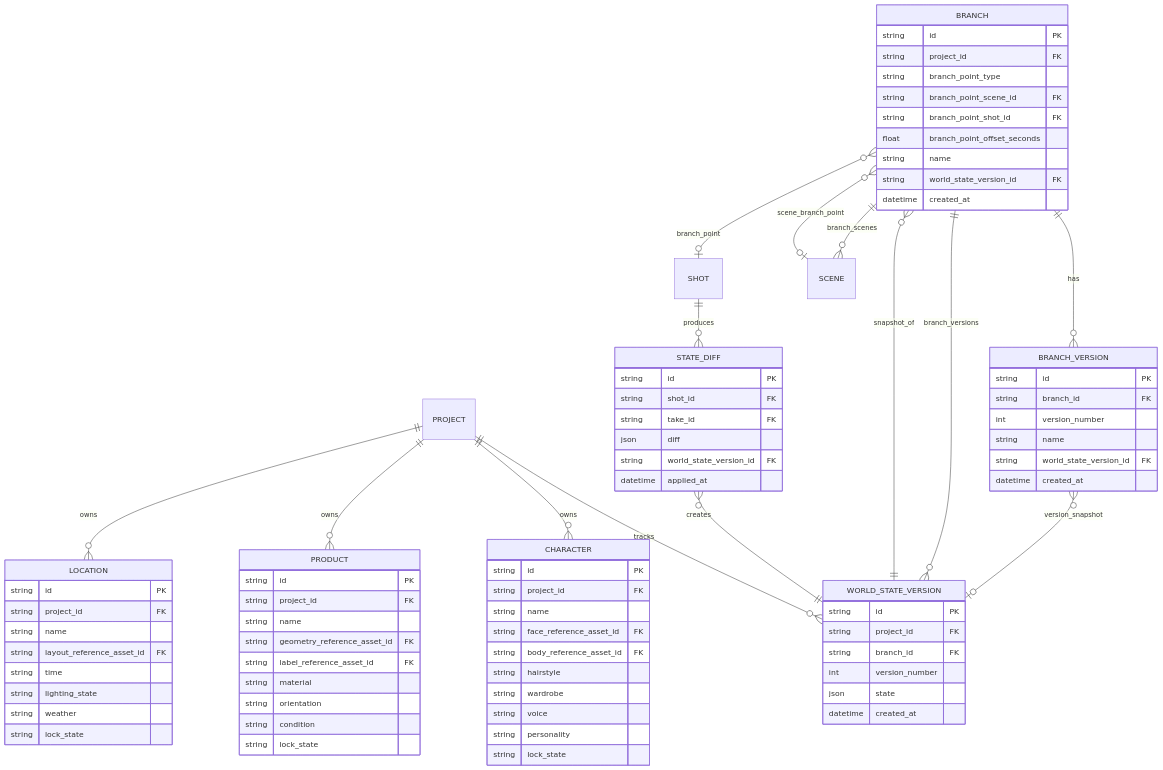
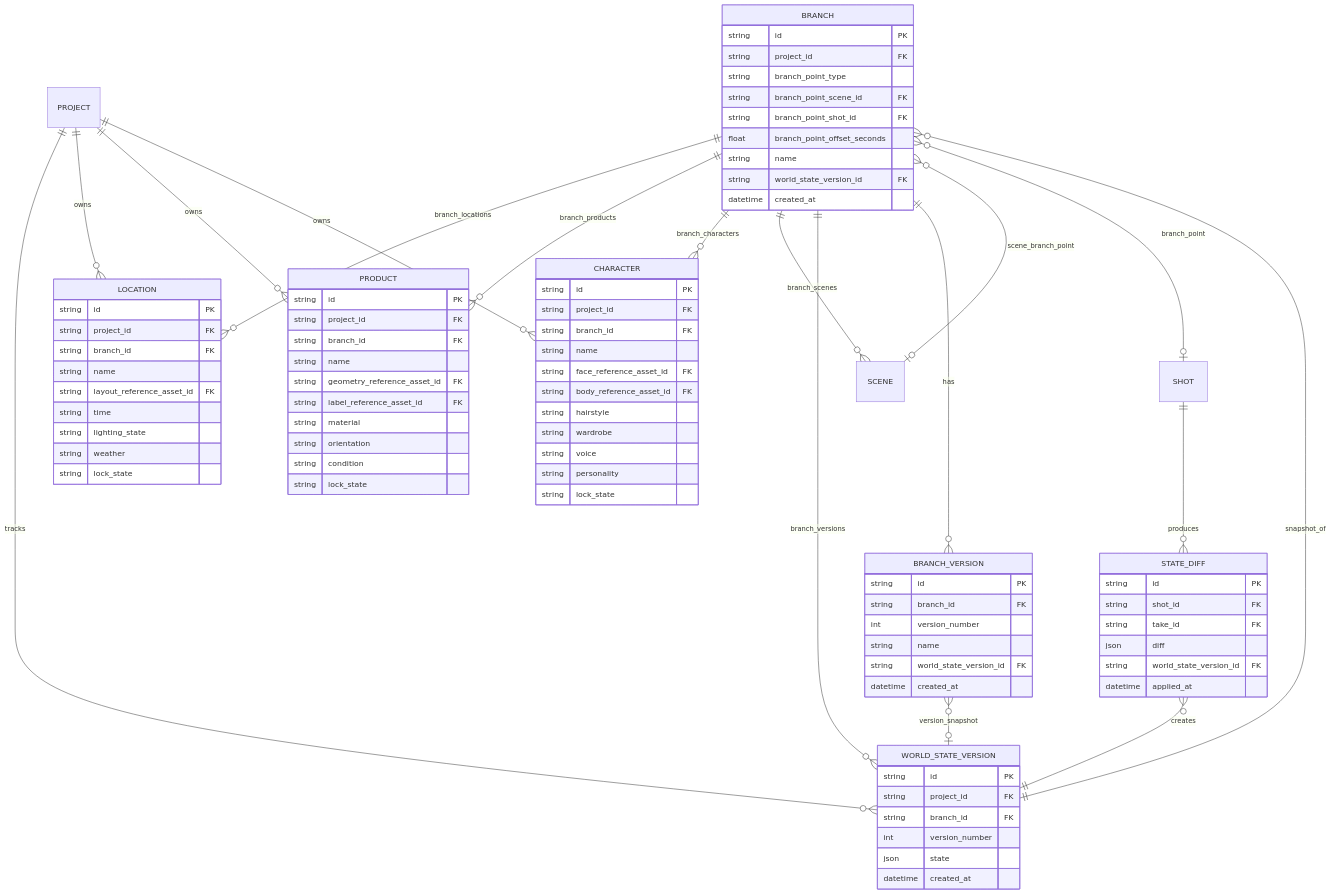
One commit to ousiassllc/mam changed the third of 5 diagrams in spec/architecture/er.md. Above: the diagram before and after it, drawn with Mermaid. The commit also changed other lines of this file and 1 other file, not shown here.

Commit message:
fix: Character/Product/LocationにBranch単位のbranch_idを追加

```diff
--- a/spec/architecture/er.md
+++ b/spec/architecture/er.md
@@ -143,10 +146,14 @@
     BRANCH ||--o{ WORLD_STATE_VERSION : branch_versions
     BRANCH ||--o{ SCENE : branch_scenes
     BRANCH_VERSION }o--o| WORLD_STATE_VERSION : version_snapshot
+    BRANCH ||--o{ CHARACTER : branch_characters
+    BRANCH ||--o{ PRODUCT : branch_products
+    BRANCH ||--o{ LOCATION : branch_locations
 
     CHARACTER {
         string id PK
         string project_id FK
+        string branch_id FK
         string name
         string face_reference_asset_id FK
         string body_reference_asset_id FK
@@ -159,6 +166,7 @@
     PRODUCT {
         string id PK
         string project_id FK
+        string branch_id FK
         string name
         string geometry_reference_asset_id FK
         string label_reference_asset_id FK
@@ -170,6 +178,7 @@
     LOCATION {
         string id PK
         string project_id FK
+        string branch_id FK
         string name
         string layout_reference_asset_id FK
         string time
```
